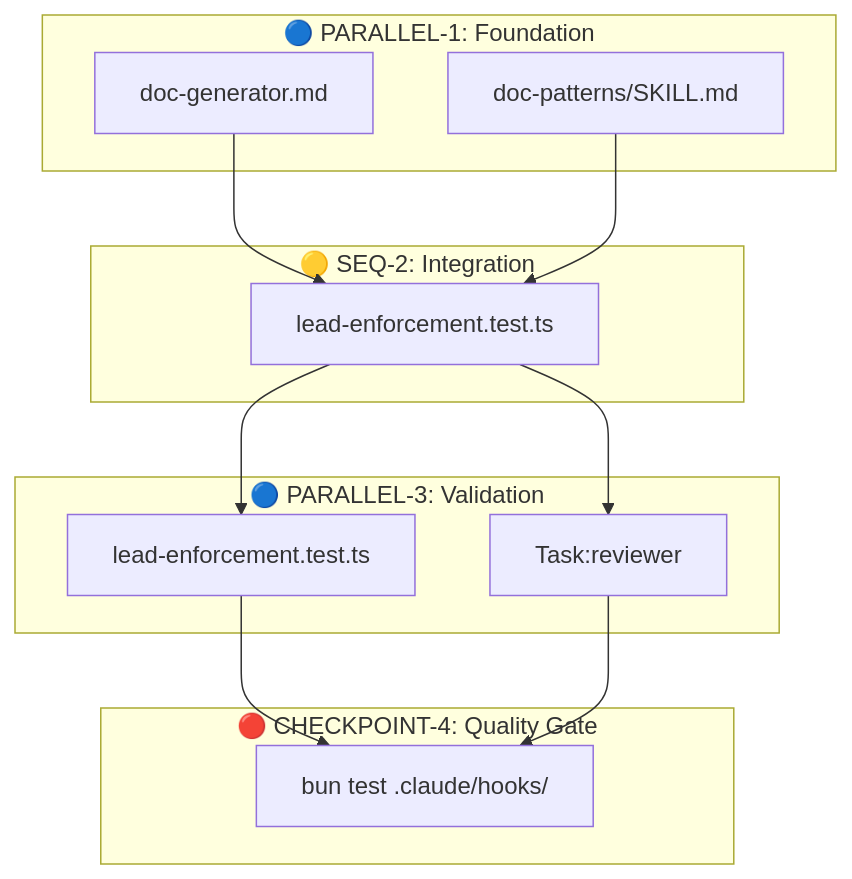
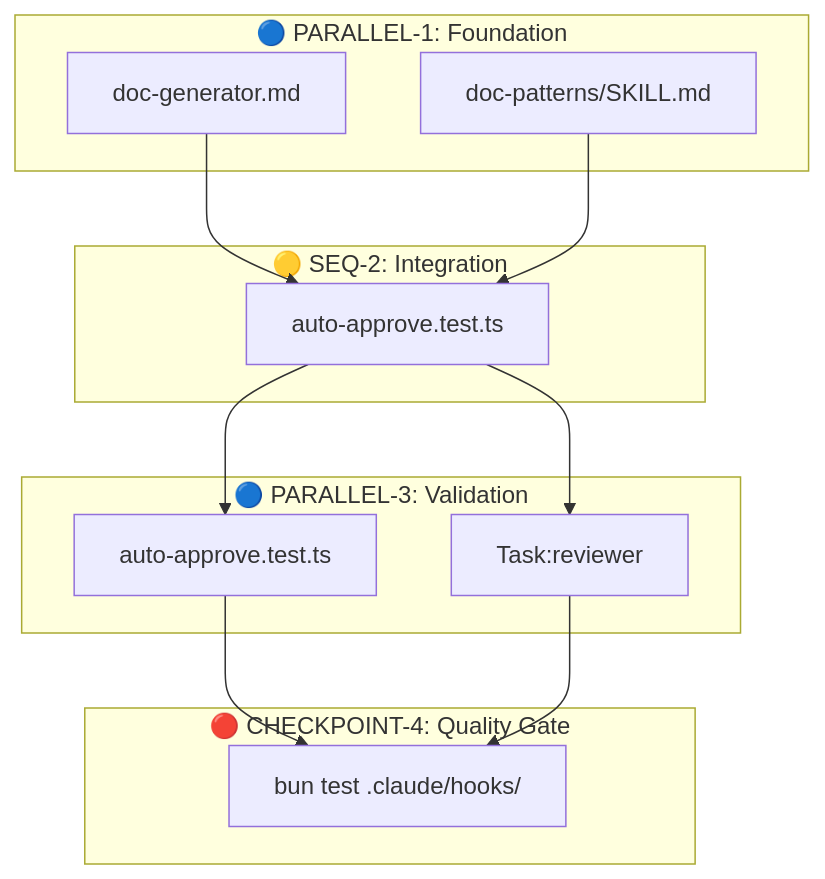
One commit to MaciWP/claude-code-poneglyph changed the second of 2 diagrams in .claude/skills/planner-protocol/references/06-output-format.md. Above: the diagram before and after it, drawn with Mermaid. The commit also changed other lines of this file and 10 other files, not shown here.

First line of the commit message:
refactor(orchestration): drop lead-enforcement hook + Lead Mode forced bootstrap

````diff
--- a/.claude/skills/planner-protocol/references/06-output-format.md
+++ b/.claude/skills/planner-protocol/references/06-output-format.md
@@ -119,23 +119,23 @@
 ```mermaid
 graph TD
   subgraph "🔵 PARALLEL-1: Foundation"
     A[doc-generator.md]
     B[doc-patterns/SKILL.md]
   end
   subgraph "🟡 SEQ-2: Integration"
-    C[lead-enforcement.test.ts]
+    C[auto-approve.test.ts]
   end
   subgraph "🔵 PARALLEL-3: Validation"
-    D[lead-enforcement.test.ts]
+    D[auto-approve.test.ts]
     E[Task:reviewer]
   end
   subgraph "🔴 CHECKPOINT-4: Quality Gate"
     F[bun test .claude/hooks/]
   end
   A --> C
   B --> C
   C --> D
   C --> E
   D --> F
   E --> F
 ```
````
